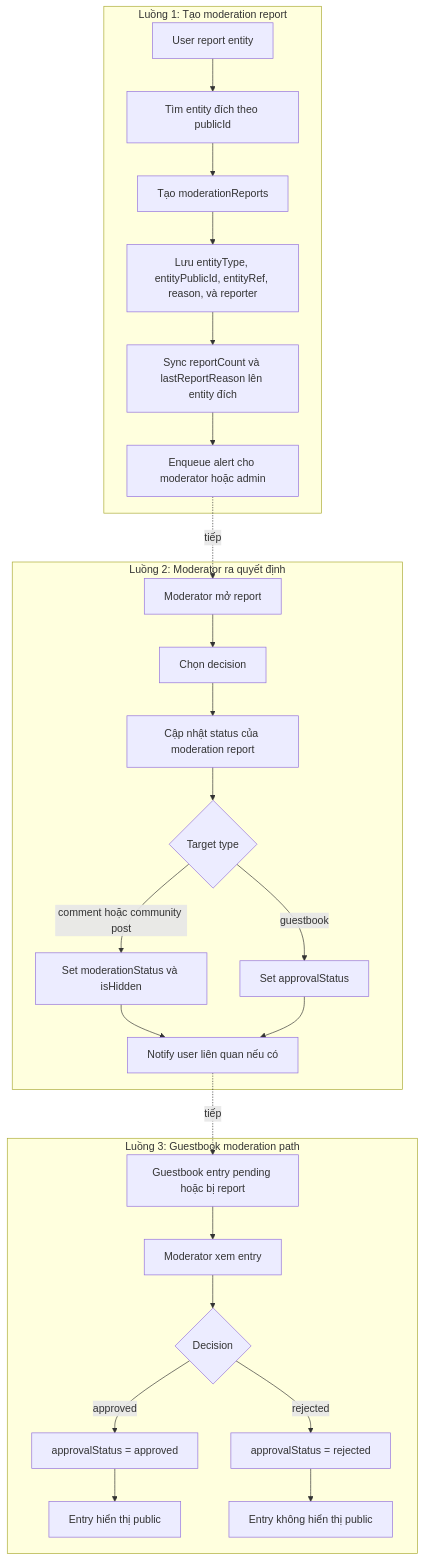
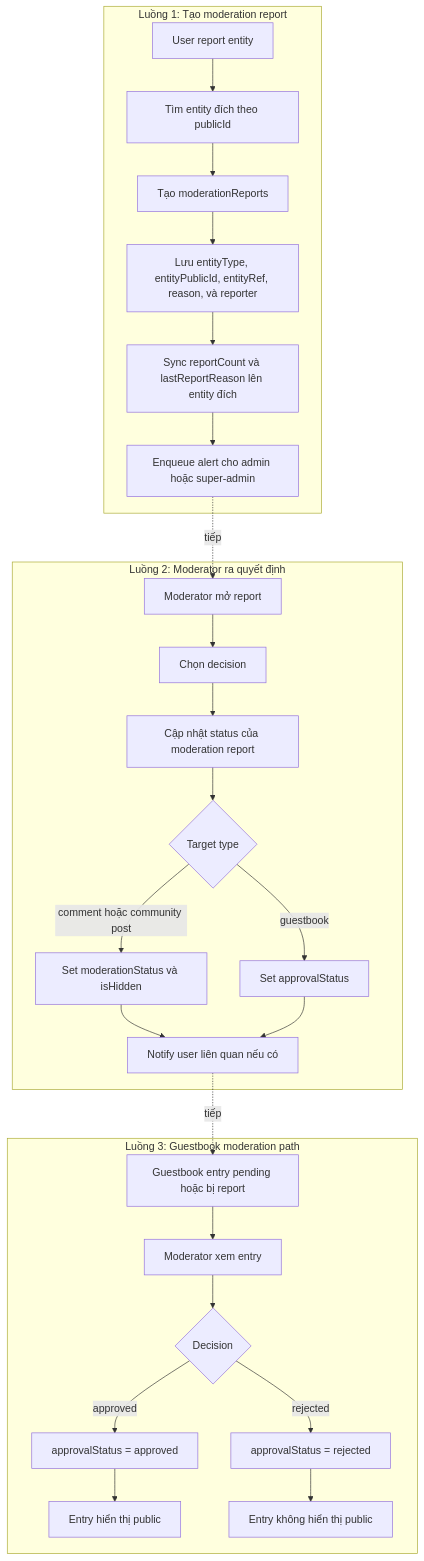
Before and after one commit to QuyenVjp/PMTL_VN: the diagram in design/04-moderation/flows.mmd, drawn with Mermaid. The commit also changed 99 other files, not shown here.

```diff
--- a/design/04-moderation/flows.mmd
+++ b/design/04-moderation/flows.mmd
@@ -1,30 +1,30 @@
 flowchart TD
     subgraph Flow1 ["Luồng 1: Tạo moderation report"]
         M1A["User report entity"] --> M1B["Tìm entity đích theo publicId"]
         M1B --> M1C["Tạo moderationReports"]
         M1C --> M1D["Lưu entityType, entityPublicId, entityRef, reason, và reporter"]
         M1D --> M1E["Sync reportCount và lastReportReason lên entity đích"]
-        M1E --> M1F["Enqueue alert cho moderator hoặc admin"]
+        M1E --> M1F["Enqueue alert cho admin hoặc super-admin"]
     end
 
     subgraph Flow2 ["Luồng 2: Moderator ra quyết định"]
         M2A["Moderator mở report"] --> M2B["Chọn decision"]
         M2B --> M2C["Cập nhật status của moderation report"]
         M2C --> M2D{"Target type"}
         M2D -->|"comment hoặc community post"| M2E["Set moderationStatus và isHidden"]
         M2D -->|"guestbook"| M2F["Set approvalStatus"]
         M2E --> M2G["Notify user liên quan nếu có"]
         M2F --> M2G
     end
 
     subgraph Flow3 ["Luồng 3: Guestbook moderation path"]
         M3A["Guestbook entry pending hoặc bị report"] --> M3B["Moderator xem entry"]
         M3B --> M3C{"Decision"}
         M3C -->|"approved"| M3D["approvalStatus = approved"]
         M3C -->|"rejected"| M3E["approvalStatus = rejected"]
         M3D --> M3F["Entry hiển thị public"]
         M3E --> M3G["Entry không hiển thị public"]
     end
 
     M1F -.->|"tiếp"| M2A
     M2G -.->|"tiếp"| M3A
```
